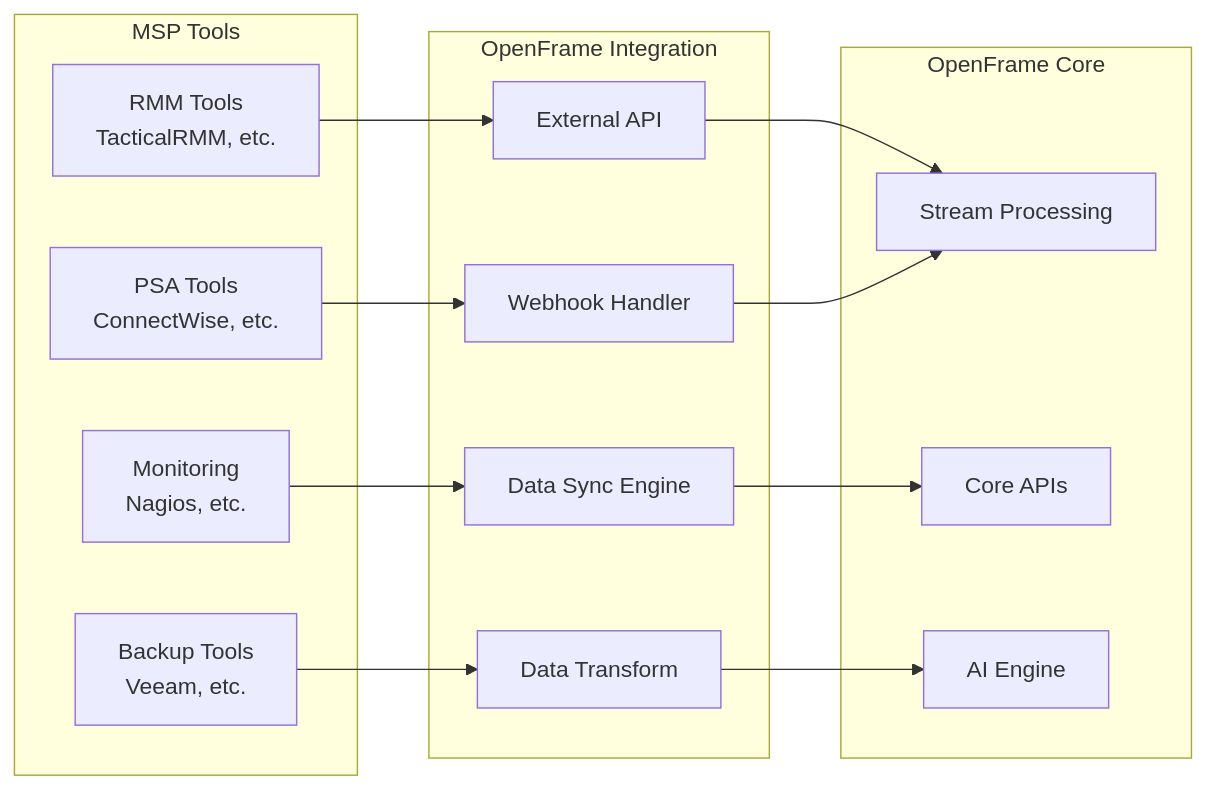
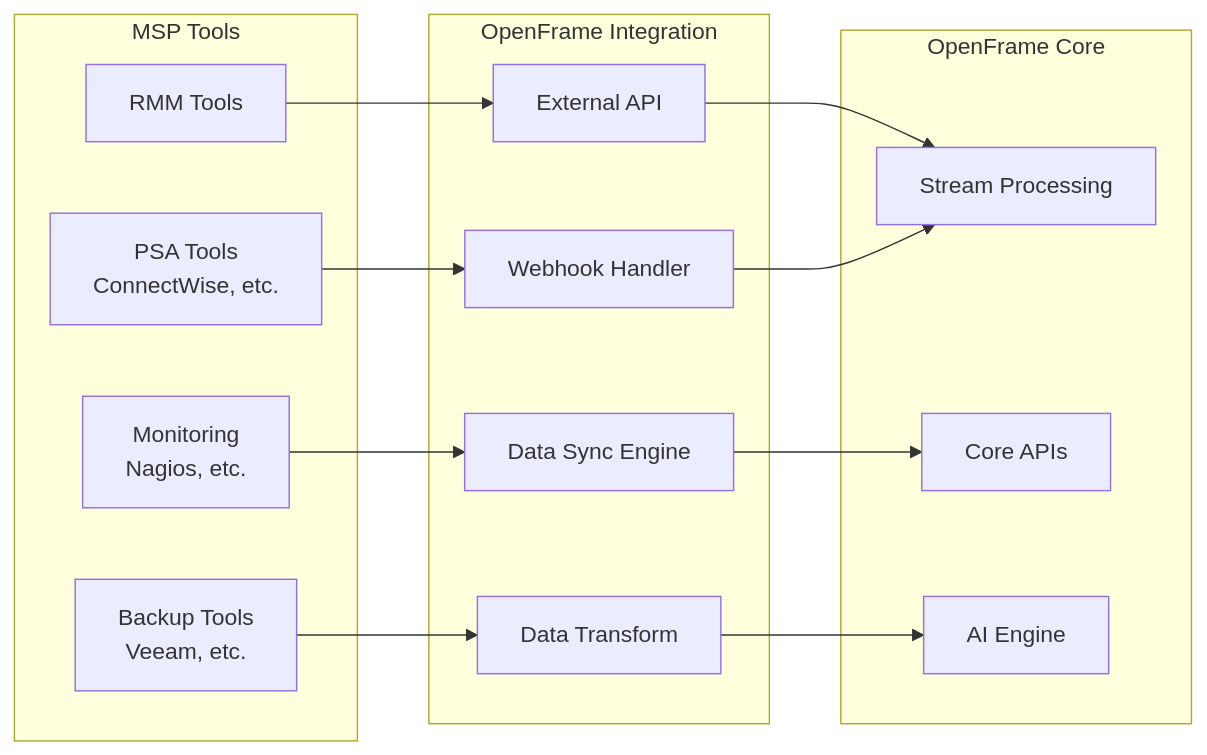
One commit to flamingo-stack/openframe-oss-tenant changed the eighth of 9 diagrams in docs/development/architecture/README.md. Above: the diagram before and after it, drawn with Mermaid. The commit also changed 25 other files, not shown here.

Commit message:
chore: remove all remaining references to Tactical RMM

````diff
--- a/docs/development/architecture/README.md
+++ b/docs/development/architecture/README.md
@@ -399,32 +399,32 @@
 ```mermaid
 flowchart LR
     subgraph "MSP Tools"
-        RMM[RMM Tools<br/>TacticalRMM, etc.]
+        RMM[RMM Tools]
         PSA[PSA Tools<br/>ConnectWise, etc.]
         Monitor[Monitoring<br/>Nagios, etc.]
         Backup[Backup Tools<br/>Veeam, etc.]
     end
     
     subgraph "OpenFrame Integration"
         External[External API]
         Webhooks[Webhook Handler]
         Sync[Data Sync Engine]
         Transform[Data Transform]
     end
     
     subgraph "OpenFrame Core"
         Stream[Stream Processing]
         API[Core APIs]
         AI[AI Engine]
     end
     
     RMM --> External
     PSA --> Webhooks
     Monitor --> Sync
     Backup --> Transform
     
     External --> Stream
     Webhooks --> Stream
     Sync --> API
     Transform --> AI
 ```
````
